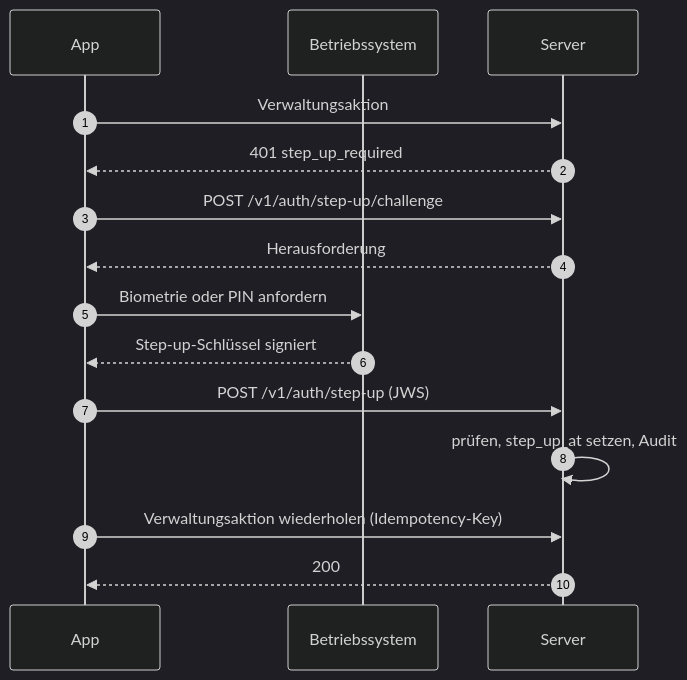
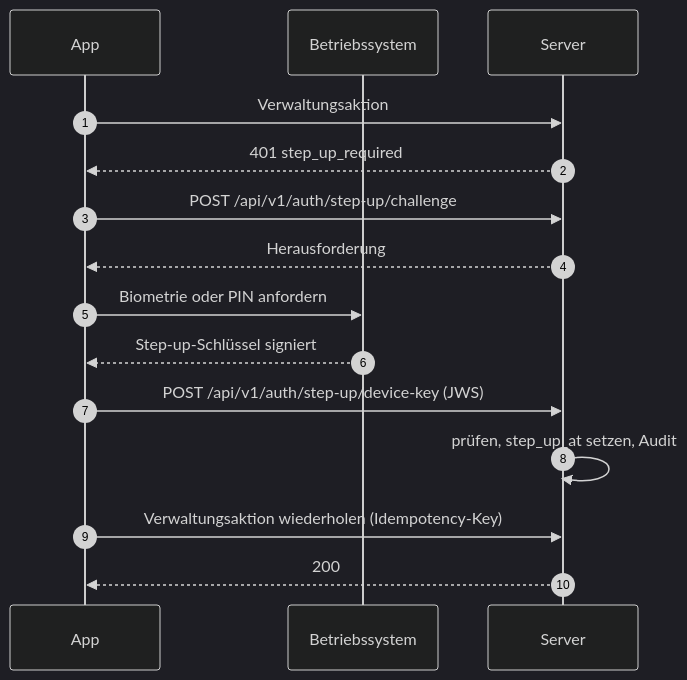
The third of 3 diagrams in docs/spec/08-identitaet.md (mguttmann/bothy), drawn with Mermaid (dark theme) before and after one commit. The commit also changed other lines of this file and 91 other files, not shown here.

````diff
--- a/docs/spec/08-identitaet.md
+++ b/docs/spec/08-identitaet.md
@@ -593,17 +605,17 @@
 ```mermaid
 sequenceDiagram
     autonumber
     participant A as App
     participant OS as Betriebssystem
     participant S as Server
     A->>S: Verwaltungsaktion
     S-->>A: 401 step_up_required
-    A->>S: POST /v1/auth/step-up/challenge
+    A->>S: POST /api/v1/auth/step-up/challenge
     S-->>A: Herausforderung
     A->>OS: Biometrie oder PIN anfordern
     OS-->>A: Step-up-Schlüssel signiert
-    A->>S: POST /v1/auth/step-up (JWS)
+    A->>S: POST /api/v1/auth/step-up/device-key (JWS)
     S->>S: prüfen, step_up_at setzen, Audit
     A->>S: Verwaltungsaktion wiederholen (Idempotency-Key)
     S-->>A: 200
 ```
````
